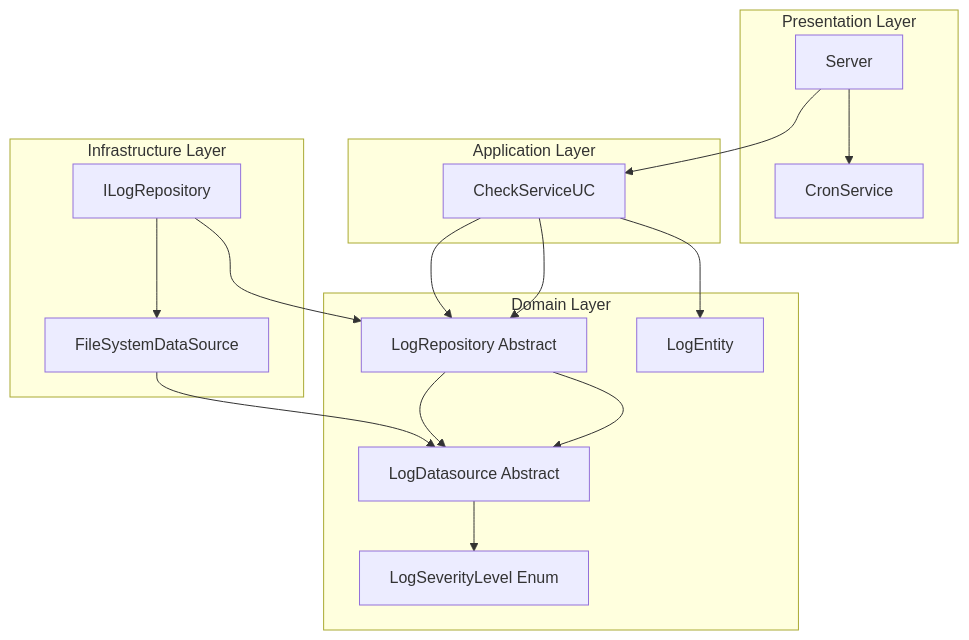
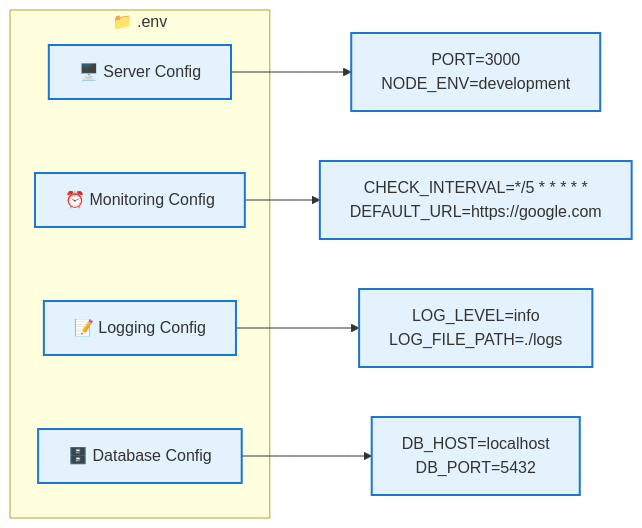
The fifth of 15 diagrams in README.md (Khalest/NocApp), drawn with Mermaid before and after one commit. The commit also changed other lines of this file, not shown here.

````diff
--- a/README.md
+++ b/README.md
@@ -39,34 +431,17 @@
 ```mermaid
-graph TB
-    subgraph "Presentation Layer"
-        A[Server] --> B[CronService]
+graph LR
+    subgraph "📁 .env"
+        A[🖥️ Server Config]
+        B[⏰ Monitoring Config]
+        C[📝 Logging Config]
+        D[🗄️ Database Config]
     end
 
-    subgraph "Application Layer"
-        C[CheckServiceUC]
-    end
+    A --> E[PORT=3000<br/>NODE_ENV=development]
+    B --> F[CHECK_INTERVAL=*/5 * * * * *<br/>DEFAULT_URL=https://google.com]
+    C --> G[LOG_LEVEL=info<br/>LOG_FILE_PATH=./logs]
+    D --> H[DB_HOST=localhost<br/>DB_PORT=5432]
 
-    subgraph "Domain Layer"
-        D[LogEntity]
-        E[LogRepository Abstract]
-        F[LogDatasource Abstract]
-        G[LogSeverityLevel Enum]
-    end
-
-    subgraph "Infrastructure Layer"
-        H[ILogRepository]
-        I[FileSystemDataSource]
-    end
-
-    A --> C
-    C --> D
-    C --> E
-    E --> F
-    H --> E
-    I --> F
-    H --> I
-
-    C --> E
-    E --> F
-    F --> G
+    classDef config fill:#e3f2fd,stroke:#1976d2,stroke-width:2px
+    class A,B,C,D,E,F,G,H config
 ```
````
